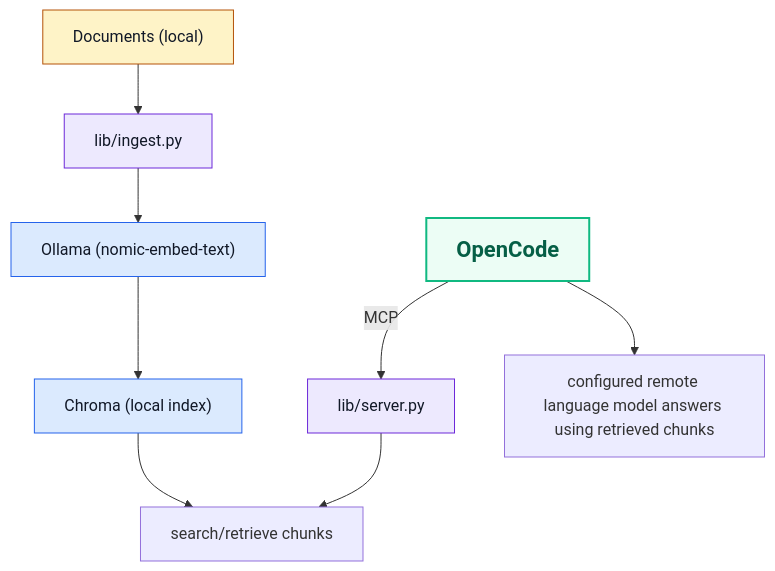
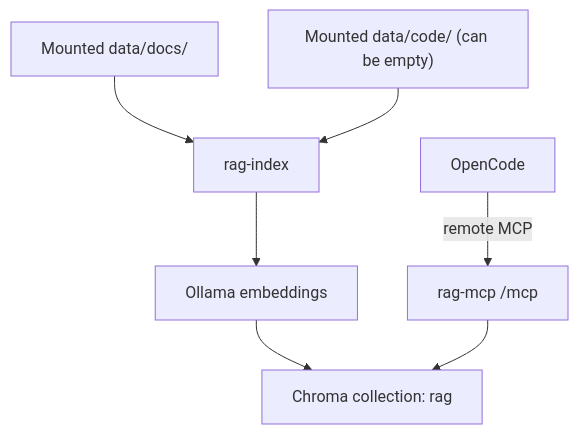
One commit to andrepester/rag-search-mcp changed the diagram in README.md. Above: the diagram before and after it, drawn with Mermaid. The commit also changed other lines of this file and 52 other files, not shown here.

````diff
--- a/README.md
+++ b/README.md
@@ -13,22 +15,10 @@
 ```mermaid
 flowchart TD
-    A["Documents (local)"] --> B["lib/ingest.py"]
-    B --> C["Ollama (nomic-embed-text)"]
-    C --> D["Chroma (local index)"]
+    A["Mounted data/docs/"] --> B["rag-index"]
+    C["Mounted data/code/ (can be empty)"] --> B
+    B --> D["Ollama embeddings"]
+    D --> E["Chroma collection: rag"]
 
-    E["OpenCode"] -->|MCP| F["lib/server.py"]
-    F --> G["search/retrieve chunks"]
-    D --> G
-
-    E --> H["configured remote language model answers using retrieved chunks"]
-
-    classDef docs fill:#fef3c7,stroke:#b45309,stroke-width:1px,color:#111827;
-    classDef opencode fill:#ecfdf5,stroke:#10b981,stroke-width:2px,color:#065f46,font-size:22px,font-weight:bold;
-    classDef vector fill:#dbeafe,stroke:#2563eb,stroke-width:1px,color:#111827;
-    classDef libs fill:#ede9fe,stroke:#6d28d9,stroke-width:1px,color:#111827;
-
-    class A docs;
-    class E opencode;
-    class C,D vector;
-    class B,F libs;
+    F["OpenCode"] -->|remote MCP| G["rag-mcp /mcp"]
+    G --> E
 ```
````
